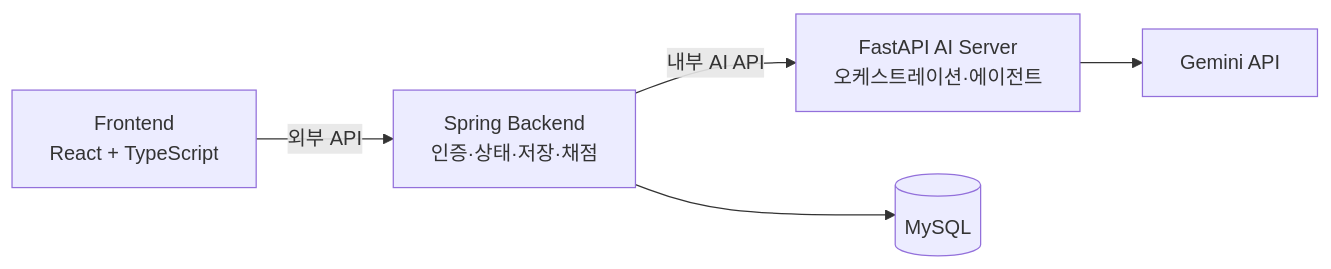
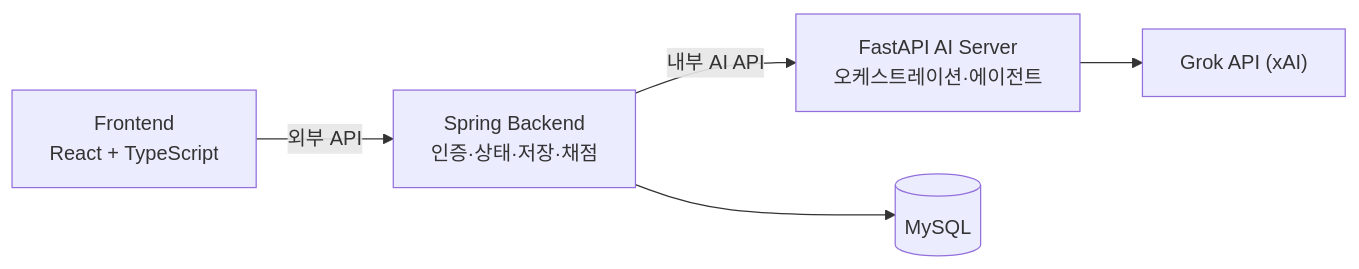
One commit to AutoAI-UTEUM/BE changed the diagram in README.md. Above: the diagram before and after it, drawn with Mermaid. The commit also changed other lines of this file and 20 other files, not shown here.

Commit message:
docs: Grok API 전환 및 Epic 3·4 결정 확정 (DEC-005·006·008·016·024·025)

````diff
--- a/README.md
+++ b/README.md
@@ -42,13 +42,13 @@
 ```mermaid
 flowchart LR
   FE["Frontend<br/>React + TypeScript"]
   BE["Spring Backend<br/>인증·상태·저장·채점"]
   AI["FastAPI AI Server<br/>오케스트레이션·에이전트"]
-  LLM["Gemini API"]
+  LLM["Grok API (xAI)"]
   DB[("MySQL")]
 
   FE -->|외부 API| BE
   BE -->|내부 AI API| AI
   AI --> LLM
   BE --> DB
 ```
````
